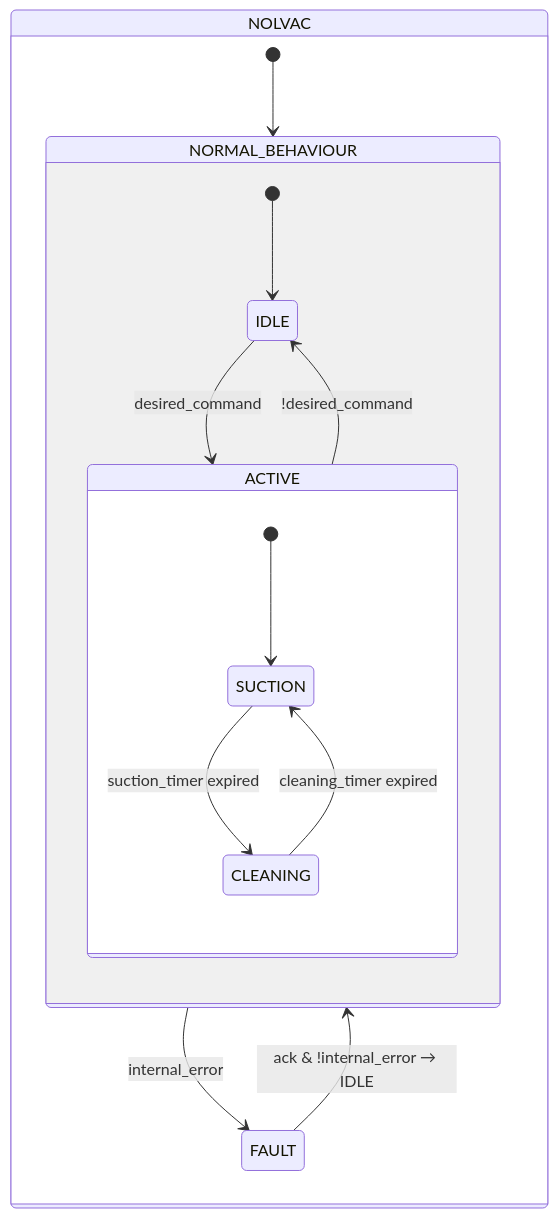
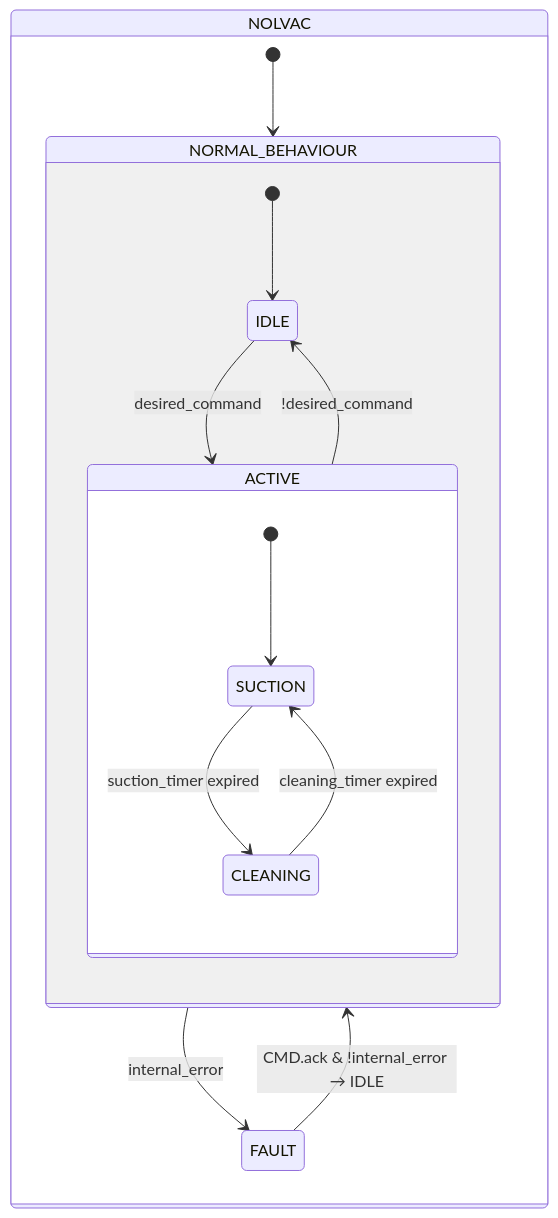
One commit to AleFire99/TIA_knowledge changed the second of 2 diagrams in docs/en/library/nolvac/timed-cycle/index.md. Above: the diagram before and after it, drawn with Mermaid. The commit also changed 35 other files, not shown here.

````diff
--- a/docs/en/library/nolvac/timed-cycle/index.md
+++ b/docs/en/library/nolvac/timed-cycle/index.md
@@ -94,18 +94,18 @@
 ```mermaid
 stateDiagram-v2
 state NOLVAC{
     [*] --> NORMAL_BEHAVIOUR
     state NORMAL_BEHAVIOUR {
         [*] --> IDLE
         IDLE --> ACTIVE : desired_command
         state ACTIVE {
             [*] --> SUCTION
             SUCTION --> CLEANING : suction_timer expired
             CLEANING --> SUCTION : cleaning_timer expired
         }
         ACTIVE --> IDLE : !desired_command
     }
     NORMAL_BEHAVIOUR --> FAULT : internal_error
-    FAULT --> NORMAL_BEHAVIOUR : ack & !internal_error → IDLE
+    FAULT --> NORMAL_BEHAVIOUR : CMD.ack & !internal_error → IDLE
 }
 ```
````
